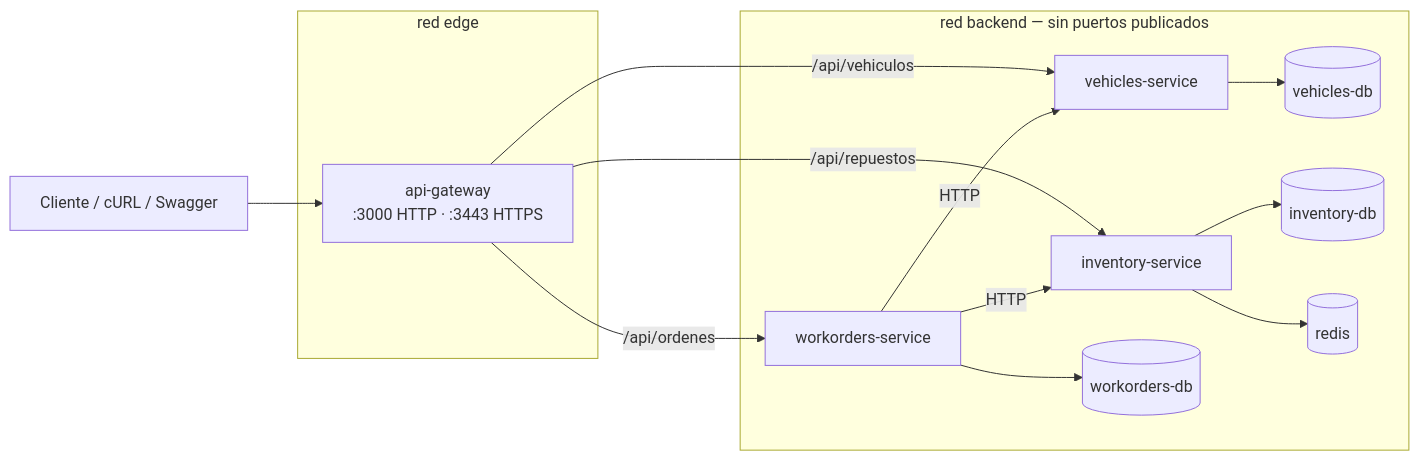
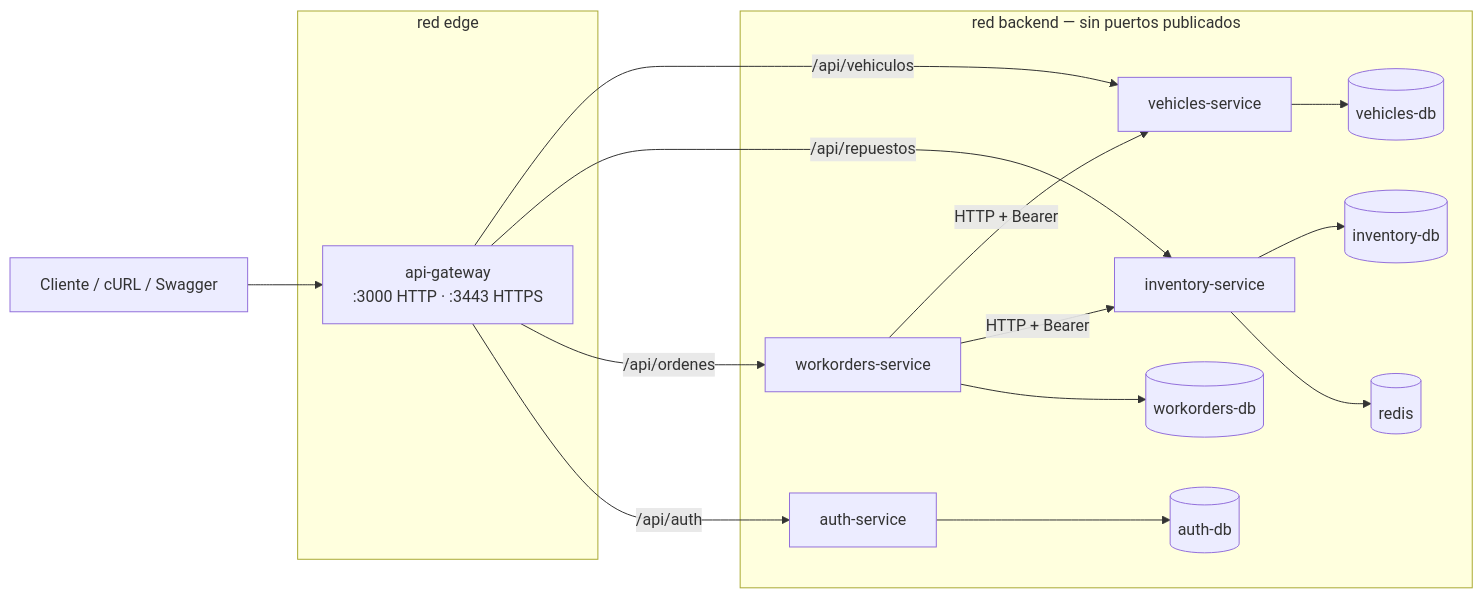
One commit to lujangrego99/torque changed the diagram in README.md. Above: the diagram before and after it, drawn with Mermaid. The commit also changed other lines of this file and 17 other files, not shown here.

````diff
--- a/README.md
+++ b/README.md
@@ -27,26 +28,30 @@
 ```mermaid
 flowchart LR
   Client[Cliente / cURL / Swagger]
   subgraph edge [red edge]
     GW["api-gateway<br/>:3000 HTTP · :3443 HTTPS"]
   end
   subgraph backend [red backend — sin puertos publicados]
     VS[vehicles-service]
     IS[inventory-service]
     WS[workorders-service]
+    AS[auth-service]
+    M0[(auth-db)]
     M1[(vehicles-db)]
     M2[(inventory-db)]
     M3[(workorders-db)]
     R[(redis)]
   end
   Client --> GW
   GW -->|/api/vehiculos| VS
   GW -->|/api/repuestos| IS
   GW -->|/api/ordenes| WS
-  WS -->|HTTP| VS
-  WS -->|HTTP| IS
+  GW -->|/api/auth| AS
+  WS -->|HTTP + Bearer| VS
+  WS -->|HTTP + Bearer| IS
+  AS --> M0
   VS --> M1
   IS --> M2
   IS --> R
   WS --> M3
 ```
````
